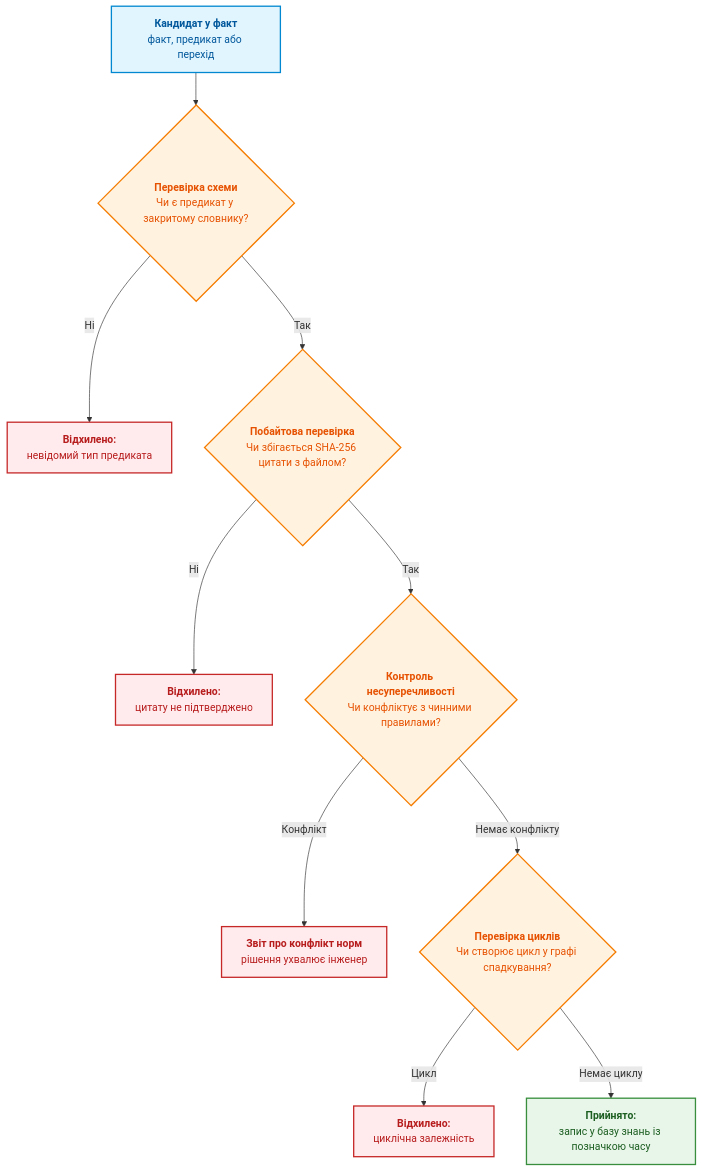
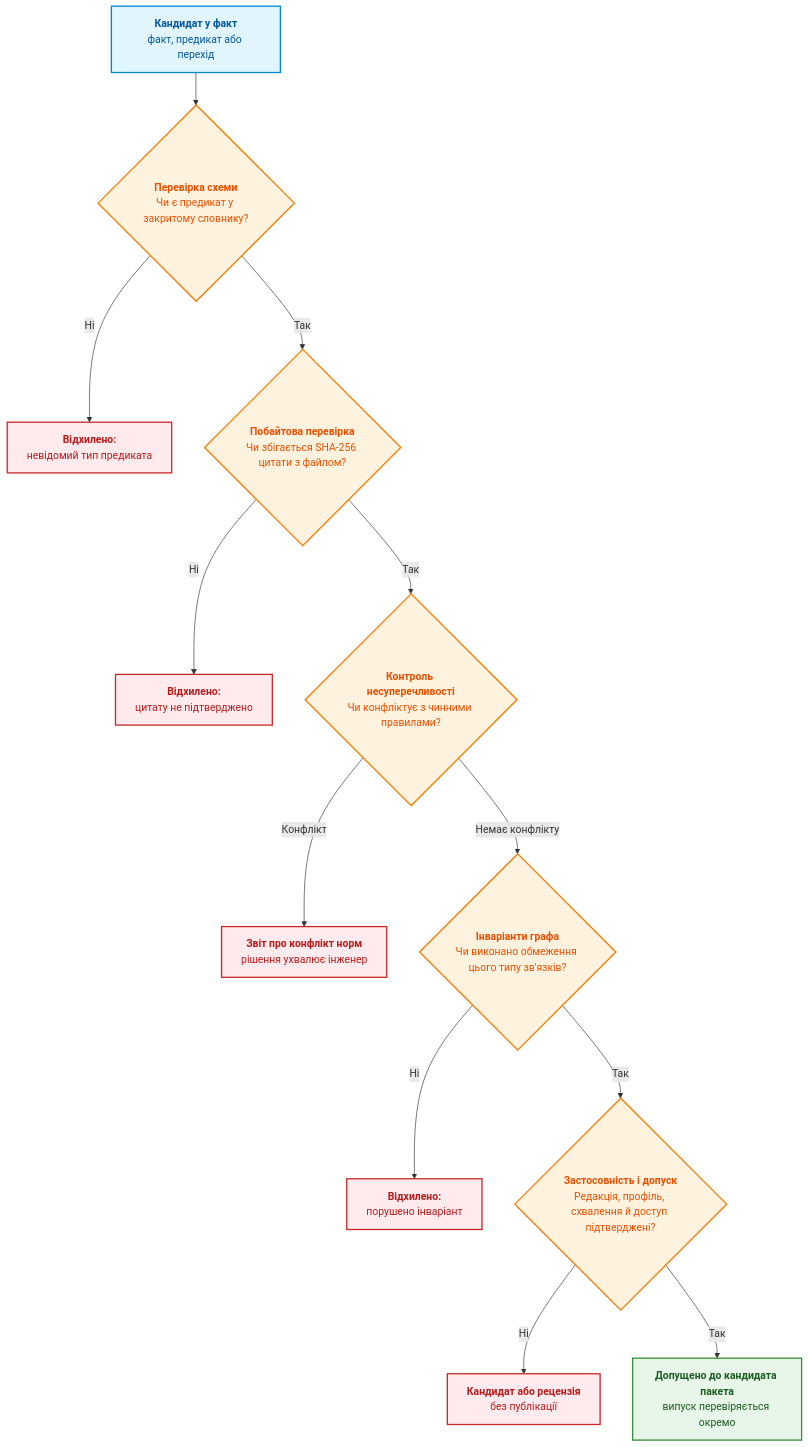
Before and after one commit to nick-fedchik/articles: the seventh of 8 diagrams in ExpertSystem/ch15-knowledge-extraction-and-kb-construction.md, drawn with Mermaid. The commit also changed other lines of this file and 16 other files, not shown here.

````diff
--- a/ExpertSystem/ch15-knowledge-extraction-and-kb-construction.md
+++ b/ExpertSystem/ch15-knowledge-extraction-and-kb-construction.md
@@ -697,25 +792,27 @@
 ```mermaid
 flowchart TD
     accTitle: Перевірки шлюзу допуску
-    accDescr: Кандидат у факт проходить перевірку схеми, побайтову перевірку цитати, контроль несуперечливості та перевірку циклів перед записом у базу знань.
+    accDescr: Кандидат проходить перевірку схеми, джерела, суперечностей, інваріантів графа, застосовності, схвалення й доступу перед включенням до кандидата пакета.
 
     Candidate["<b>Кандидат у факт</b><br/>факт, предикат або перехід"] --> V1{"<b>Перевірка схеми</b><br/>Чи є предикат у закритому словнику?"}
     V1 -- Ні --> Reject1["<b>Відхилено:</b><br/>невідомий тип предиката"]
     V1 -- Так --> V2{"<b>Побайтова перевірка</b><br/>Чи збігається SHA-256 цитати з файлом?"}
     V2 -- Ні --> Reject2["<b>Відхилено:</b><br/>цитату не підтверджено"]
     V2 -- Так --> V3{"<b>Контроль несуперечливості</b><br/>Чи конфліктує з чинними правилами?"}
     V3 -- Конфлікт --> Conflict["<b>Звіт про конфлікт норм</b><br/>рішення ухвалює інженер"]
-    V3 -- Немає конфлікту --> V4{"<b>Перевірка циклів</b><br/>Чи створює цикл у графі спадкування?"}
-    V4 -- Цикл --> Reject3["<b>Відхилено:</b><br/>циклічна залежність"]
-    V4 -- Немає циклу --> Accept["<b>Прийнято:</b><br/>запис у базу знань із позначкою часу"]
+    V3 -- Немає конфлікту --> V4{"<b>Інваріанти графа</b><br/>Чи виконано обмеження цього типу зв'язків?"}
+    V4 -- Ні --> Reject3["<b>Відхилено:</b><br/>порушено інваріант"]
+    V4 -- Так --> V5{"<b>Застосовність і допуск</b><br/>Редакція, профіль, схвалення й доступ підтверджені?"}
+    V5 -- Ні --> Review["<b>Кандидат або рецензія</b><br/>без публікації"]
+    V5 -- Так --> Accept["<b>Допущено до кандидата пакета</b><br/>випуск перевіряється окремо"]
 
     classDef cand fill:#e1f5fe,stroke:#0288d1,stroke-width:2px,color:#01579b;
     classDef check fill:#fff3e0,stroke:#f57c00,stroke-width:2px,color:#e65100;
     classDef bad fill:#ffebee,stroke:#c62828,stroke-width:2px,color:#b71c1c;
     classDef good fill:#e8f5e9,stroke:#388e3c,stroke-width:2px,color:#1b5e20;
 
     class Candidate cand;
-    class V1,V2,V3,V4 check;
-    class Reject1,Reject2,Reject3,Conflict bad;
+    class V1,V2,V3,V4,V5 check;
+    class Reject1,Reject2,Reject3,Conflict,Review bad;
     class Accept good;
 ```
````
